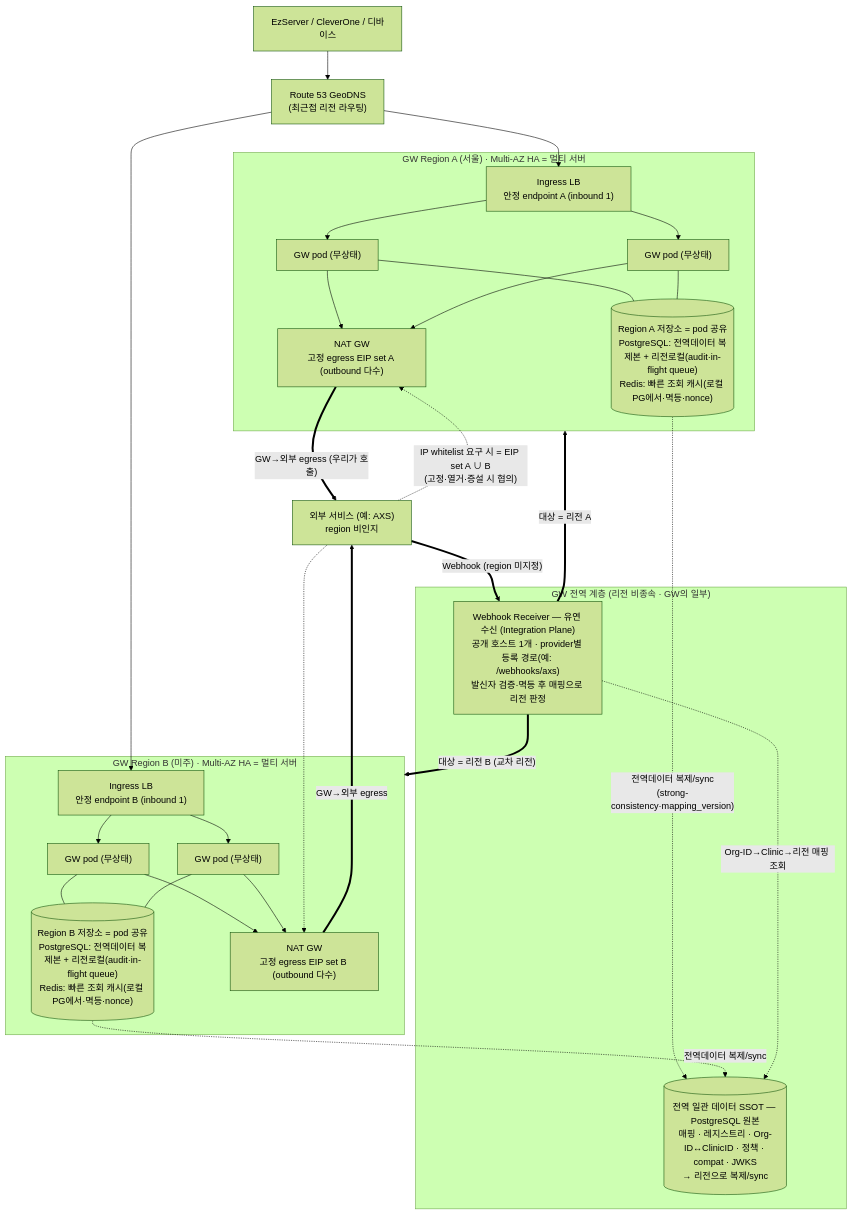
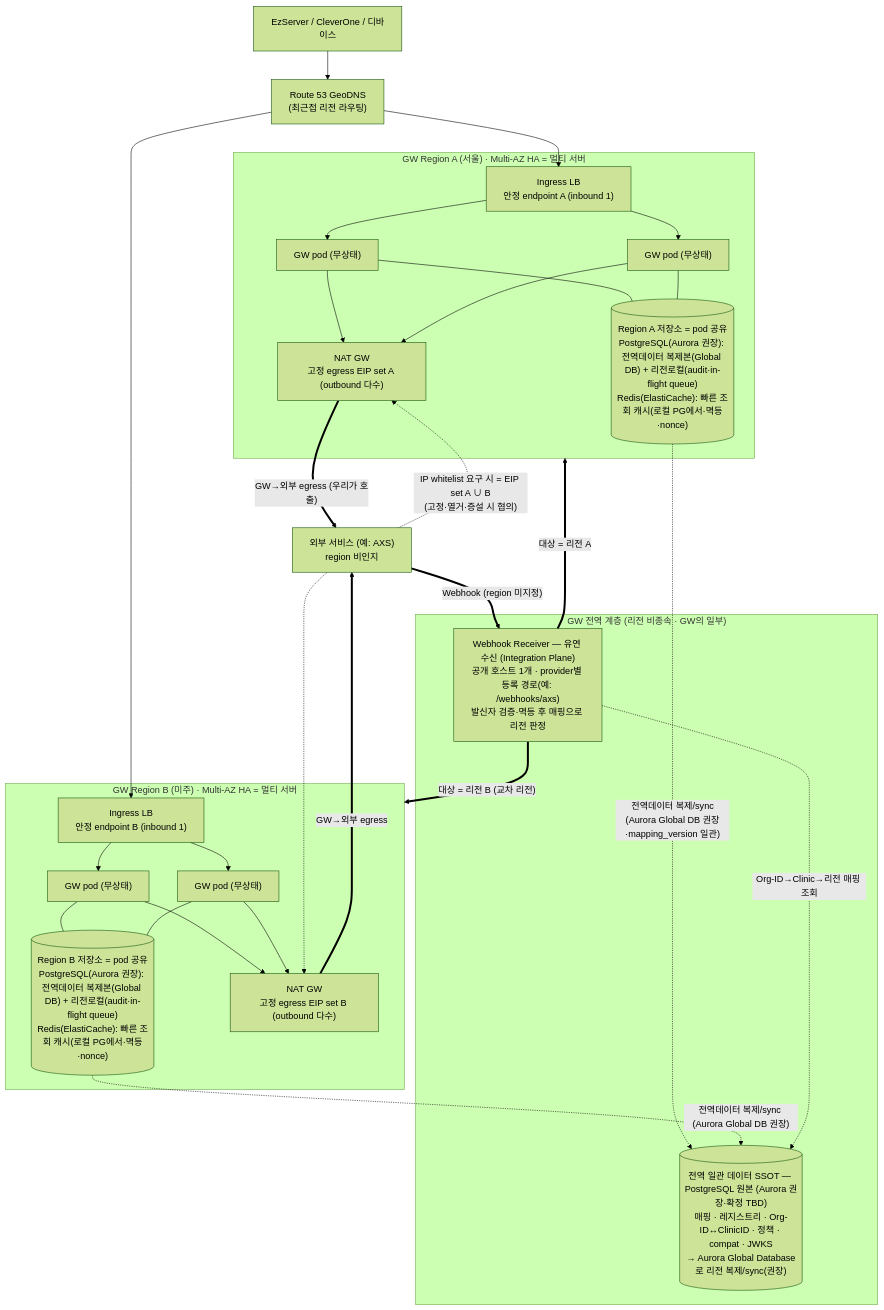
One commit to gracegyu/scp-architecture changed the second of 11 diagrams in docs/VT_API_Gateway/08.VT_API_Gateway/specs/03-srs-gateway/SRS.md. Above: the diagram before and after it, drawn with Mermaid (forest theme). The commit also changed other lines of this file and 4 other files, not shown here.

Commit message:
문서 업데이트: VT API Gateway의 SRS 문서에서 데이터베이스 및 캐시 관리 방식을 구체화하고, PostgreSQL 엔진 확정 및 Aurora PostgreSQL 권장 사항을 명시하여 시스템 설계의 일관성을 강화하였습니다. 또한, Webhook 수신 경로 및 형식의 유연성을 강조하고, 관련 DBML 및 OpenAPI 문서에서 허용 소스 IP의 CIDR 목록을 명확히 하여 외부 연동의 신뢰성을 높였습니다.

````diff
--- a/docs/VT_API_Gateway/08.VT_API_Gateway/specs/03-srs-gateway/SRS.md
+++ b/docs/VT_API_Gateway/08.VT_API_Gateway/specs/03-srs-gateway/SRS.md
@@ -189,56 +189,56 @@
 ```mermaid
 flowchart TB
     EZ["EzServer / CleverOne / 디바이스"]
     R53["Route 53 GeoDNS<br/>(최근접 리전 라우팅)"]
     EZ --> R53
 
     subgraph GTIER["GW 전역 계층 (리전 비종속 · GW의 일부)"]
         WHIN["Webhook Receiver — 유연 수신 (Integration Plane)<br/>공개 호스트 1개 · provider별 등록 경로(예: /webhooks/axs)<br/>발신자 검증·멱등 후 매핑으로 리전 판정"]
-        GLOBAL[("전역 일관 데이터 SSOT — PostgreSQL 원본<br/>매핑 · 레지스트리 · Org-ID↔ClinicID · 정책 · compat · JWKS<br/>→ 리전으로 복제/sync")]
+        GLOBAL[("전역 일관 데이터 SSOT — PostgreSQL 원본 (Aurora 권장·확정 TBD)<br/>매핑 · 레지스트리 · Org-ID↔ClinicID · 정책 · compat · JWKS<br/>→ Aurora Global Database로 리전 복제/sync(권장)")]
     end
 
     subgraph RA["GW Region A (서울) · Multi-AZ HA = 멀티 서버"]
         LBA["Ingress LB<br/>안정 endpoint A (inbound 1)"]
         GA1["GW pod (무상태)"]
         GA2["GW pod (무상태)"]
-        STA[("Region A 저장소 = pod 공유<br/>PostgreSQL: 전역데이터 복제본 + 리전로컬(audit·in-flight queue)<br/>Redis: 빠른 조회 캐시(로컬 PG에서·멱등·nonce)")]
+        STA[("Region A 저장소 = pod 공유<br/>PostgreSQL(Aurora 권장): 전역데이터 복제본(Global DB) + 리전로컬(audit·in-flight queue)<br/>Redis(ElastiCache): 빠른 조회 캐시(로컬 PG에서·멱등·nonce)")]
         NATA["NAT GW<br/>고정 egress EIP set A (outbound 다수)"]
         LBA --> GA1
         LBA --> GA2
         GA1 --- STA
         GA2 --- STA
         GA1 --> NATA
         GA2 --> NATA
     end
 
     subgraph RB["GW Region B (미주) · Multi-AZ HA = 멀티 서버"]
         LBB["Ingress LB<br/>안정 endpoint B (inbound 1)"]
         GB1["GW pod (무상태)"]
         GB2["GW pod (무상태)"]
-        STB[("Region B 저장소 = pod 공유<br/>PostgreSQL: 전역데이터 복제본 + 리전로컬(audit·in-flight queue)<br/>Redis: 빠른 조회 캐시(로컬 PG에서·멱등·nonce)")]
+        STB[("Region B 저장소 = pod 공유<br/>PostgreSQL(Aurora 권장): 전역데이터 복제본(Global DB) + 리전로컬(audit·in-flight queue)<br/>Redis(ElastiCache): 빠른 조회 캐시(로컬 PG에서·멱등·nonce)")]
         NATB["NAT GW<br/>고정 egress EIP set B (outbound 다수)"]
         LBB --> GB1
         LBB --> GB2
         GB1 --- STB
         GB2 --- STB
         GB1 --> NATB
         GB2 --> NATB
     end
 
     R53 --> LBA
     R53 --> LBB
 
-    STA -.->|"전역데이터 복제/sync<br/>(strong-consistency·mapping_version)"| GLOBAL
-    STB -.->|"전역데이터 복제/sync"| GLOBAL
+    STA -.->|"전역데이터 복제/sync<br/>(Aurora Global DB 권장·mapping_version 일관)"| GLOBAL
+    STB -.->|"전역데이터 복제/sync (Aurora Global DB 권장)"| GLOBAL
 
     EXT["외부 서비스 (예: AXS)<br/>region 비인지"]
     NATA ==>|"GW→외부 egress (우리가 호출)"| EXT
     NATB ==>|"GW→외부 egress"| EXT
     EXT -.->|"IP whitelist 요구 시 = EIP set A ∪ B<br/>(고정·열거·증설 시 협의)"| NATA
     EXT -.-> NATB
 
     EXT ==>|"Webhook (region 미지정)"| WHIN
     WHIN -.->|"Org-ID→Clinic→리전 매핑 조회"| GLOBAL
     WHIN ==>|"대상 = 리전 A"| RA
     WHIN ==>|"대상 = 리전 B (교차 리전)"| RB
 ```
````
